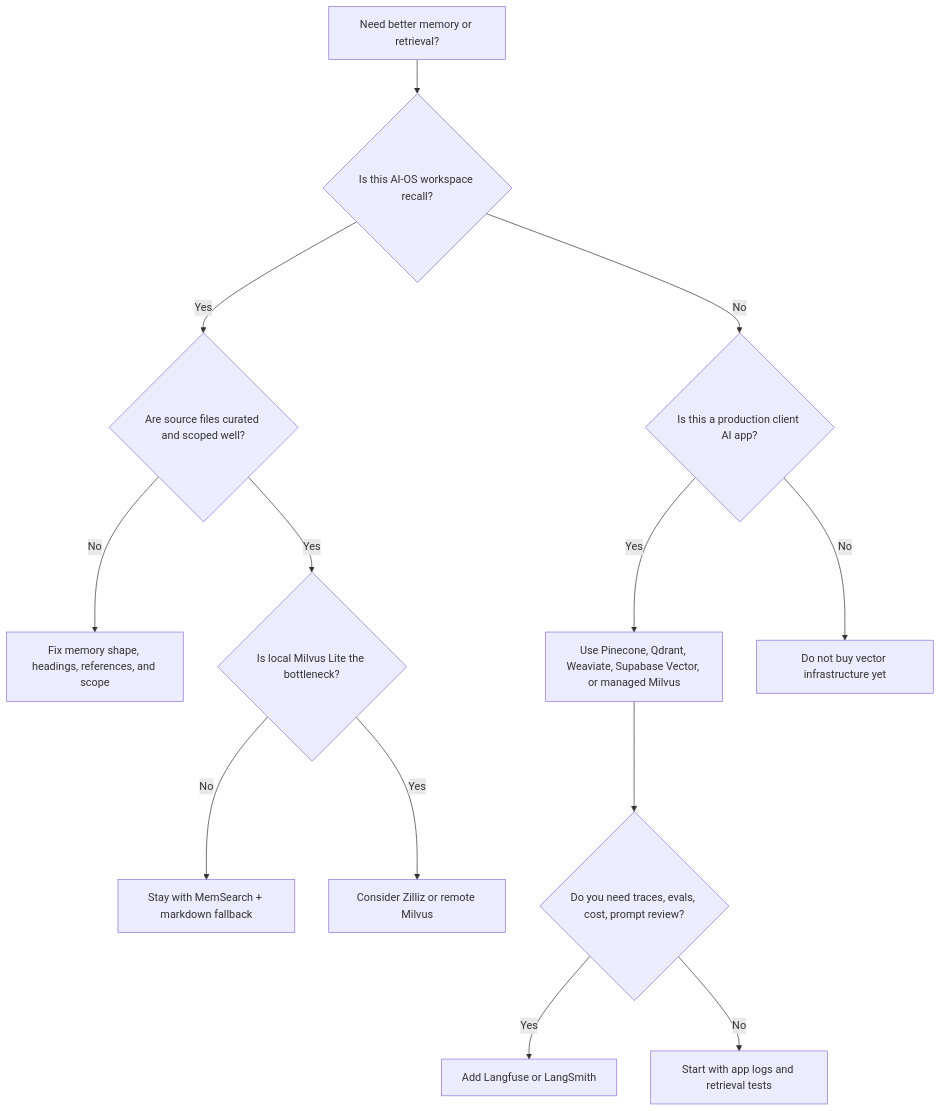
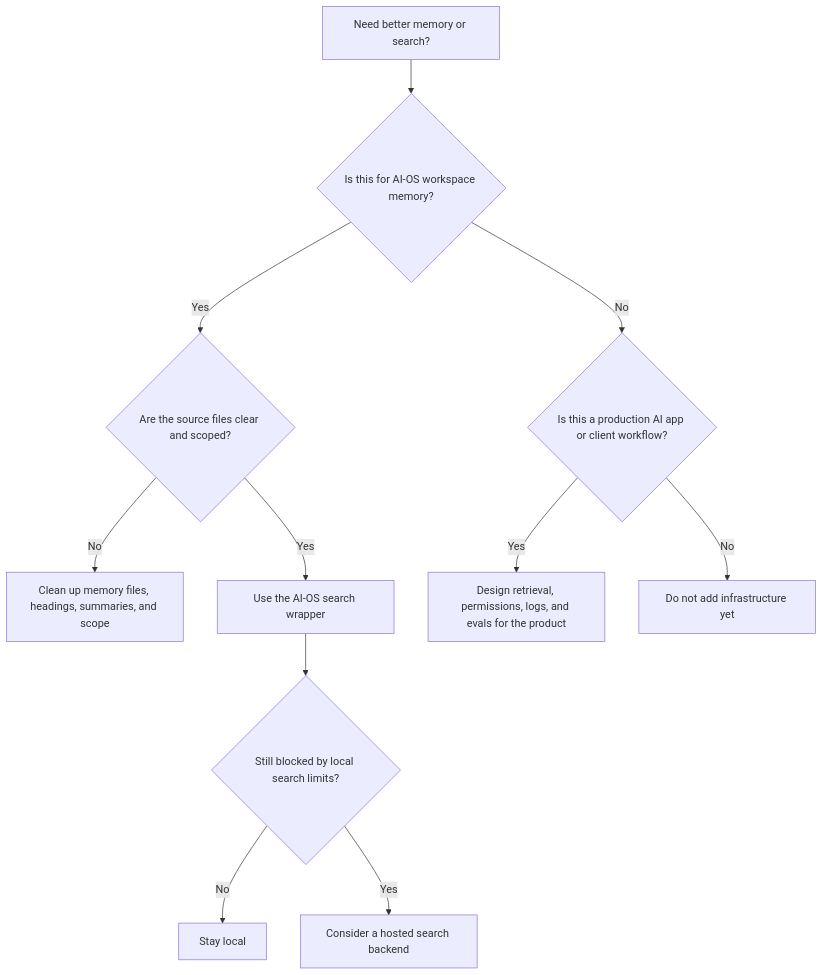
Before and after one commit to camrontaylor/AI-OS-Template: the second of 2 diagrams in docs/memory-search-and-observability.md, drawn with Mermaid. The commit also changed other lines of this file and 462 other files, not shown here.

````diff
--- a/docs/memory-search-and-observability.md
+++ b/docs/memory-search-and-observability.md
@@ -392,15 +165,13 @@
 ```mermaid
 flowchart TD
-  A["Need better memory or retrieval?"] --> B{"Is this AI-OS workspace recall?"}
-  B -->|Yes| C{"Are source files curated and scoped well?"}
-  C -->|No| D["Fix memory shape, headings, references, and scope"]
-  C -->|Yes| E{"Is local Milvus Lite the bottleneck?"}
-  E -->|No| F["Stay with MemSearch + markdown fallback"]
-  E -->|Yes| G["Consider Zilliz or remote Milvus"]
-  B -->|No| H{"Is this a production client AI app?"}
-  H -->|Yes| I["Use Pinecone, Qdrant, Weaviate, Supabase Vector, or managed Milvus"]
-  H -->|No| J["Do not buy vector infrastructure yet"]
-  I --> K{"Do you need traces, evals, cost, prompt review?"}
-  K -->|Yes| L["Add Langfuse or LangSmith"]
-  K -->|No| M["Start with app logs and retrieval tests"]
+  A["Need better memory or search?"] --> B{"Is this for AI-OS workspace memory?"}
+  B -->|Yes| C{"Are the source files clear and scoped?"}
+  C -->|No| D["Clean up memory files, headings, summaries, and scope"]
+  C -->|Yes| E["Use the AI-OS search wrapper"]
+  E --> F{"Still blocked by local search limits?"}
+  F -->|No| G["Stay local"]
+  F -->|Yes| H["Consider a hosted search backend"]
+  B -->|No| I{"Is this a production AI app or client workflow?"}
+  I -->|Yes| J["Design retrieval, permissions, logs, and evals for the product"]
+  I -->|No| K["Do not add infrastructure yet"]
 ```
````
